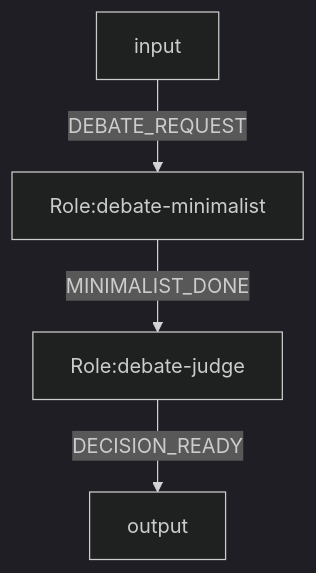
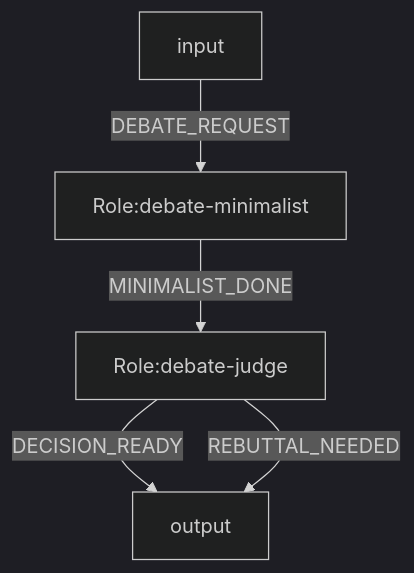
One commit to Fredericzhou/ogsystem changed the diagram in examples/target-model-binding-system.mmd. Above: the diagram before and after it, drawn with Mermaid (dark theme). The commit also changed 243 other files, not shown here.

```diff
--- a/examples/target-model-binding-system.mmd
+++ b/examples/target-model-binding-system.mmd
@@ -1,11 +1,12 @@
 flowchart TD
 %% system.id=demo.target.model.binding
 %% system.version=1.0.0
 %% law.global=law.console.base
 %% entry.role=debate-minimalist
-%% model.bind.debate-minimalist=opencode/gpt-5-nano
-%% model.bind.debate-judge=opencode/gpt-5-nano
+%% model.bind.debate-minimalist=opencode/big-pickle
+%% model.bind.debate-judge=opencode/big-pickle
 
 input -->|DEBATE_REQUEST| debate-minimalist[Role:debate-minimalist]
 debate-minimalist[Role:debate-minimalist] -->|MINIMALIST_DONE| debate-judge[Role:debate-judge]
 debate-judge[Role:debate-judge] -->|DECISION_READY| output
+debate-judge[Role:debate-judge] -->|REBUTTAL_NEEDED| output
```
